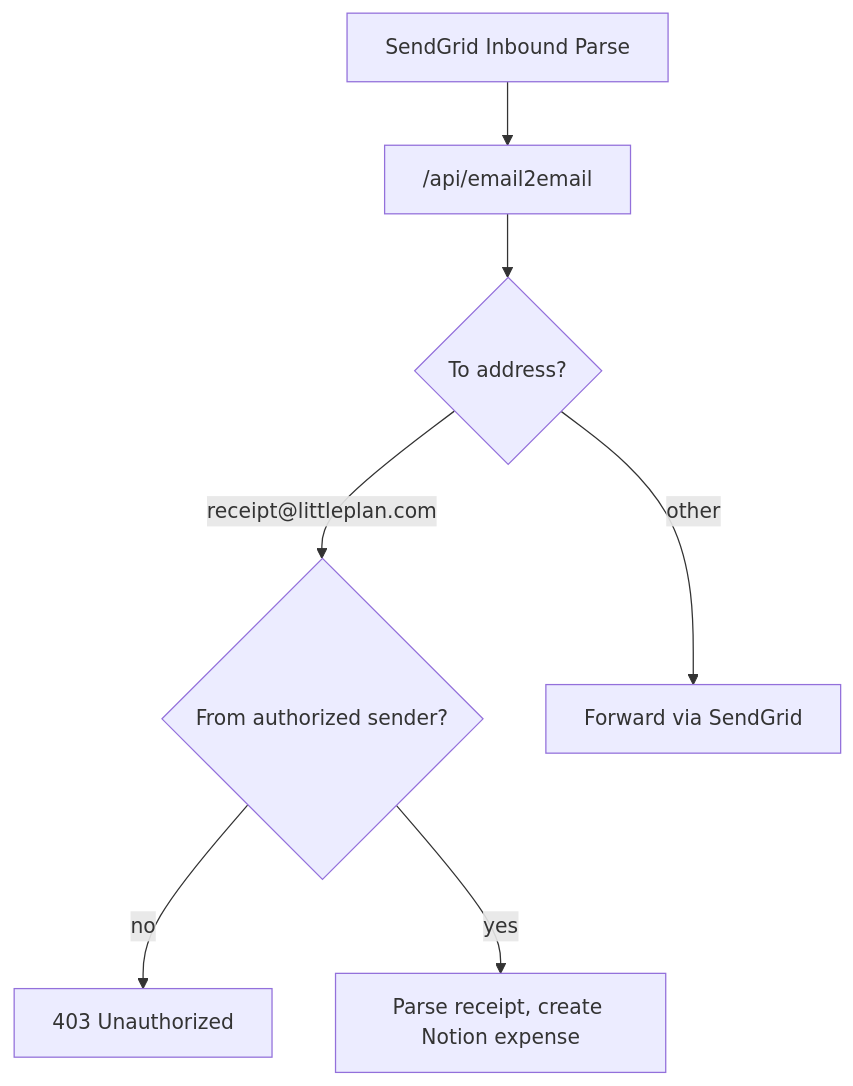
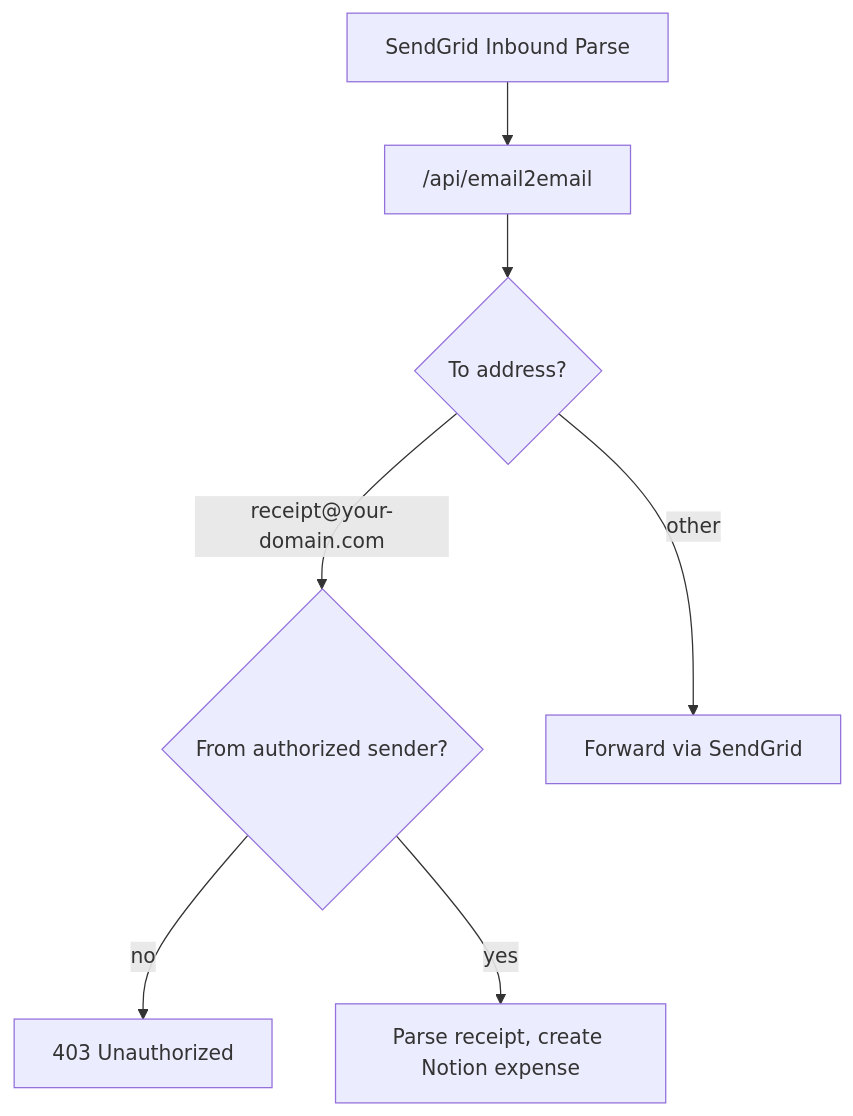
Before and after one commit to joshsee/email2email: the diagram in README.md, drawn with Mermaid. The commit also changed other lines of this file and 6 other files, not shown here.

````diff
--- a/README.md
+++ b/README.md
@@ -12,9 +12,9 @@
 ```mermaid
 flowchart TD
     sg[SendGrid Inbound Parse] --> api["/api/email2email"]
     api --> check{To address?}
-    check -->|"receipt@littleplan.com"| auth{From authorized sender?}
+    check -->|"receipt@your-domain.com"| auth{From authorized sender?}
     auth -->|no| deny[403 Unauthorized]
     auth -->|yes| notion["Parse receipt, create Notion expense"]
     check -->|other| forward["Forward via SendGrid"]
 ```
````
